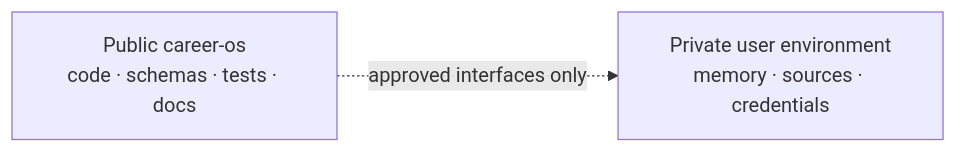
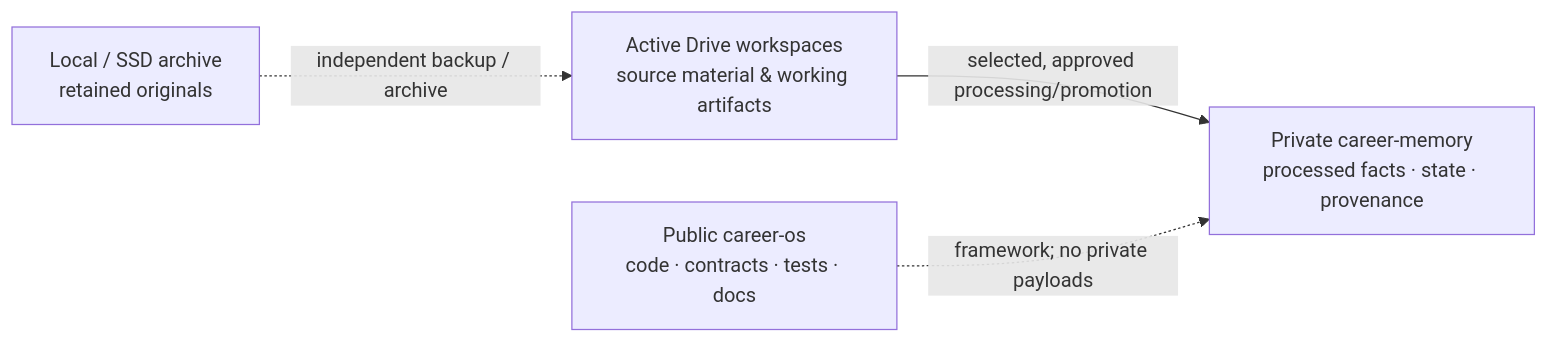
Before and after one commit to SoroushHaghi/career-os: the third of 3 diagrams in README.md, drawn with Mermaid. The commit also changed other lines of this file, not shown here.

Commit message:
docs: restore full cross-platform Career OS architecture, domains, and privacy boundaries

````diff
--- a/README.md
+++ b/README.md
@@ -84,4 +124,10 @@
 ```mermaid
 flowchart LR
-    P["Public career-os<br/>code · schemas · tests · docs"] -. "approved interfaces only" .-> R["Private user environment<br/>memory · sources · credentials"]
+    PUB["Public career-os<br/>code · contracts · tests · docs"]
+    DRIVE["Active Drive workspaces<br/>source material & working artifacts"]
+    MEM["Private career-memory<br/>processed facts · state · provenance"]
+    LOCAL["Local / SSD archive<br/>retained originals"]
+    DRIVE -->|"selected, approved processing/promotion"| MEM
+    PUB -.->|"framework; no private payloads"| MEM
+    LOCAL -.->|"independent backup / archive"| DRIVE
 ```
````
